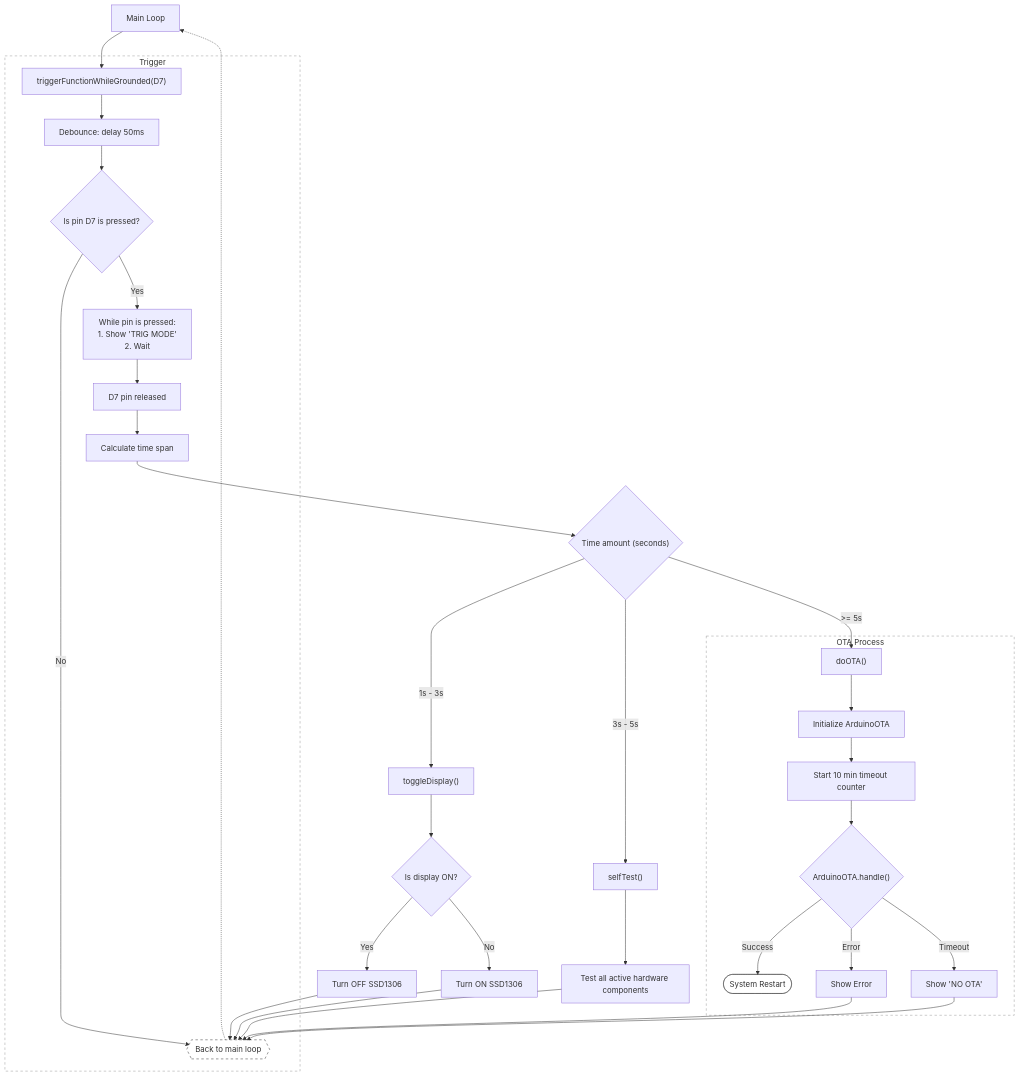
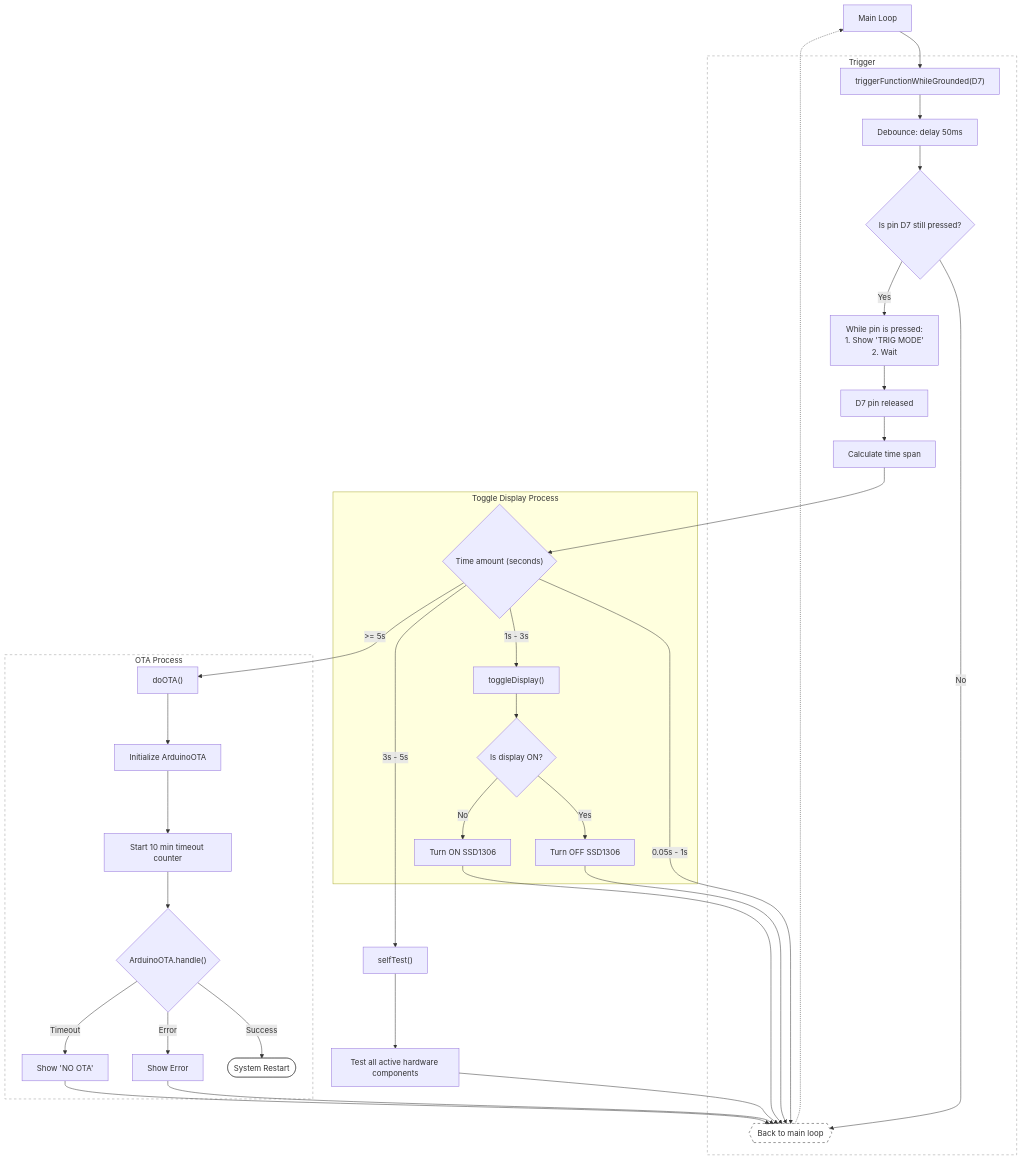
The diagram in README.md (frnmst/esp8266-iot-gas-detector), drawn with Mermaid before and after one commit. The commit also changed other lines of this file, not shown here.

Commit message:
Fix README
- Fix flowchart

````diff
--- a/README.md
+++ b/README.md
@@ -38,57 +39,62 @@
 ```mermaid
 flowchart TD
     %% Main Entry
     MainLoop[Main Loop] --> TriggerFunc["triggerFunctionWhileGrounded(D7)"]
     
     %% Exit/Return Point (Logical link)
     EndLoop{{Back to main loop}} -.-> MainLoop
 
     subgraph TriggerFunction ["Trigger"]
         TriggerFunc --> Debounce[Debounce: delay 50ms]
-        Debounce --> IsGrounded{Is pin D7 is pressed?}
+        Debounce --> IsGrounded{Is pin D7 still pressed?}
         
         IsGrounded -- No --> EndLoop
         
         IsGrounded -- Yes --> WaitRelease["While pin is pressed:<br/>1. Show 'TRIG MODE'<br/>2. Wait"]
         WaitRelease --> Released[D7 pin released]
         Released --> Measure[Calculate time span]
     end
 
     %% Decision Tree
     Measure --> B7{"Time amount (seconds)"}
 
+    %% 0. Not enough trigger time
+    B7 -->|0.05s - 1s| EndLoop
+
     %% 1. toggleDisplay
-    B7 -->|1s - 3s| C7["toggleDisplay()"]
-    C7 --> C7_Dec{Is display ON?}
-    C7_Dec -->|Yes| C7_Off[Turn OFF SSD1306]
-    C7_Dec -->|No| C7_On[Turn ON SSD1306]
-    C7_Off & C7_On --> EndLoop
+        subgraph ToggleDisplayLogic [Toggle Display Process]
+        B7 -->|1s - 3s| C7["toggleDisplay()"]
+        C7 --> C7_Dec{Is display ON?}
+        C7_Dec -->|Yes| C7_Off[Turn OFF SSD1306]
+        C7_Dec -->|No| C7_On[Turn ON SSD1306]
+        C7_Off & C7_On --> EndLoop
+    end
 
     %% 2. selfTest
     B7 -->|3s - 5s| D7_Fn["selfTest()"]
     D7_Fn --> D7_Run[Test all active hardware components]
     D7_Run --> EndLoop
 
     %% 3. doOTA
     B7 -->|>= 5s| E7["doOTA()"]
     
     subgraph OTALogic [OTA Process]
         E7 --> E7_Setup["Initialize ArduinoOTA"]
         E7_Setup --> E7_Wait["Start 10 min timeout counter"]
         E7_Wait --> E7_Loop{"ArduinoOTA.handle()"}
         
         E7_Loop -->|Success| E7_Restart([System Restart])
         
         E7_Loop -->|Error| E7_Err[Show Error]
         E7_Loop -->|Timeout| E7_Tout["Show 'NO OTA'"]
     end
 
     E7_Err & E7_Tout --> EndLoop
 
     %% Styling
     %% style MainLoop fill:none,stroke:#333,stroke-width:2px
     style EndLoop fill:none,stroke:#333,stroke-dasharray: 5 5
     style E7_Restart fill:none,stroke:#333
     style TriggerFunction fill:none,stroke:#999,stroke-dasharray: 5 5
     style OTALogic fill:none,stroke:#999,stroke-dasharray: 5 5
 ```
````
